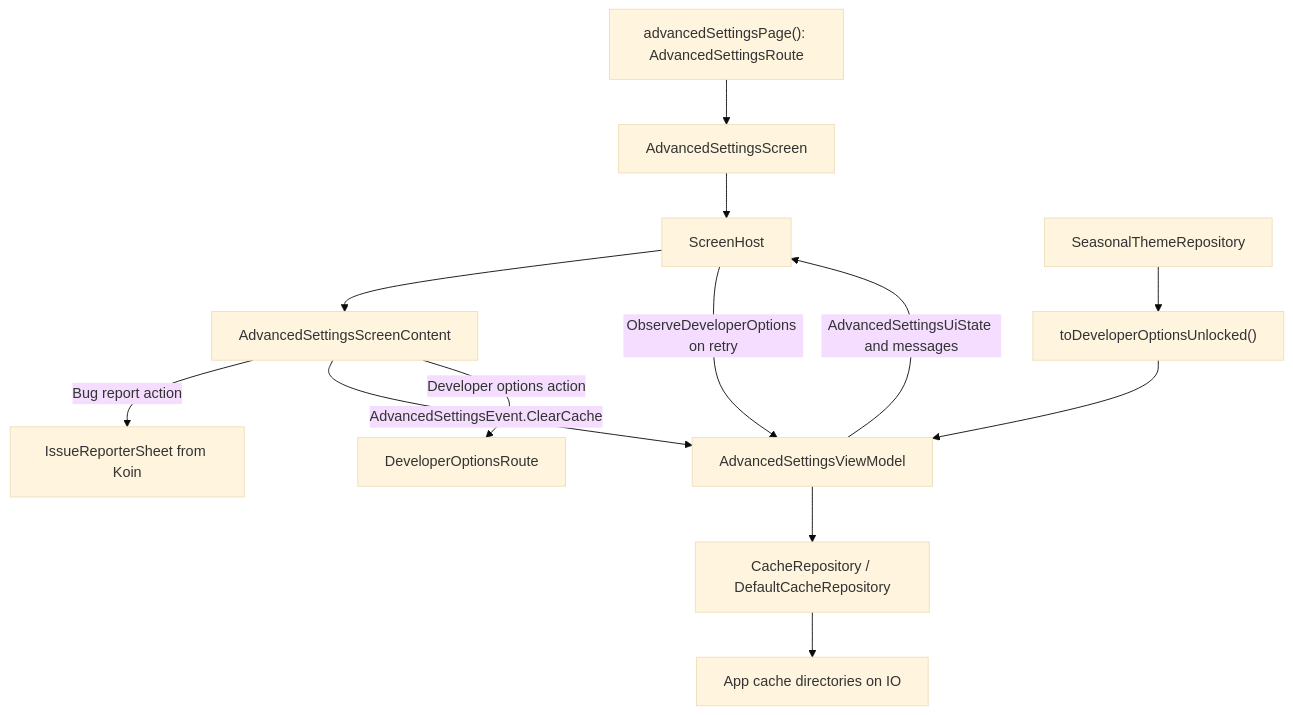
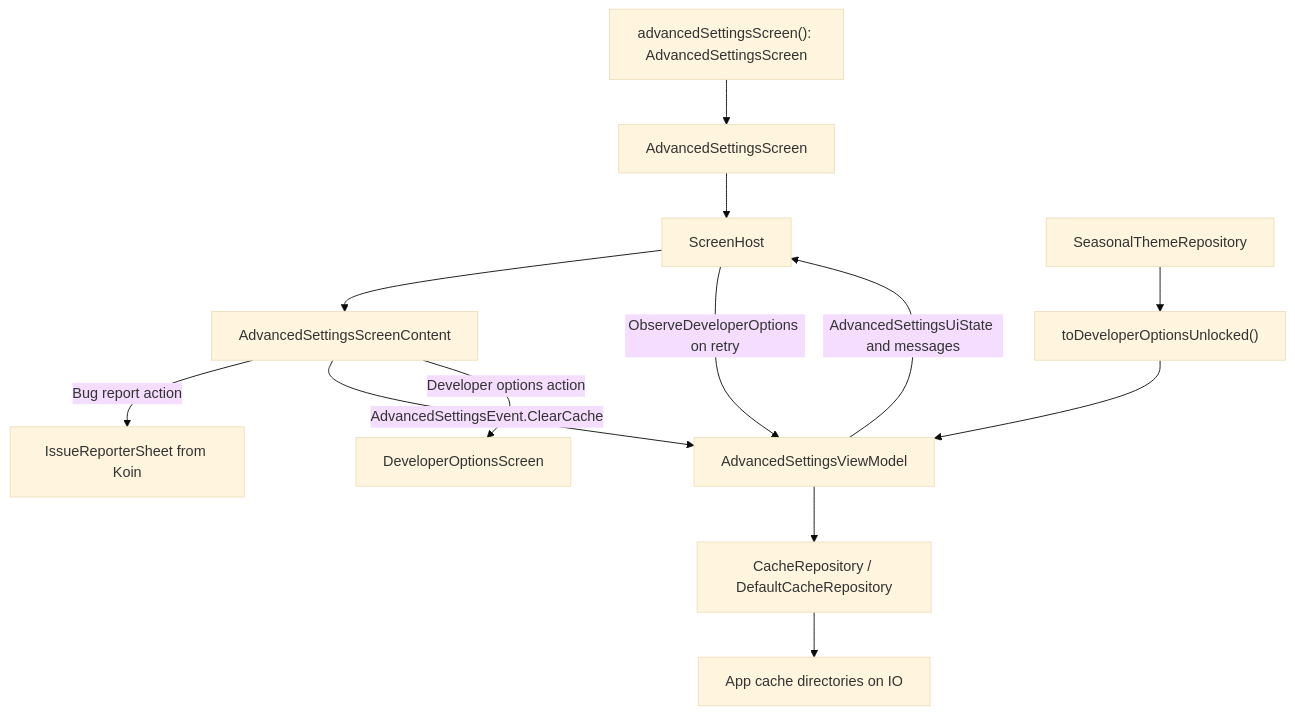
The diagram in library/feature/advanced/README.md (MihaiCristianCondrea/App-Toolkit-for-Android), drawn with Mermaid (base theme) before and after one commit. The commit also changed other lines of this file and 125 other files, not shown here.

````diff
--- a/library/feature/advanced/README.md
+++ b/library/feature/advanced/README.md
@@ -51,15 +51,15 @@
 ```mermaid
 flowchart TD
-    Entry["advancedSettingsPage(): AdvancedSettingsRoute"] --> Screen["AdvancedSettingsScreen"]
+    Entry["advancedSettingsScreen(): AdvancedSettingsScreen"] --> Screen["AdvancedSettingsScreen"]
     Screen --> Host["ScreenHost"]
     Host --> Content["AdvancedSettingsScreenContent"]
     Content -->|"Bug report action"| Sheet["IssueReporterSheet from Koin"]
     Content -->|"AdvancedSettingsEvent.ClearCache"| VM["AdvancedSettingsViewModel"]
-    Content -->|"Developer options action"| Developer["DeveloperOptionsRoute"]
+    Content -->|"Developer options action"| Developer["DeveloperOptionsScreen"]
     VM --> Repo["CacheRepository / DefaultCacheRepository"]
     Repo --> IO["App cache directories on IO"]
     Unlock["SeasonalThemeRepository"] --> Transformer["toDeveloperOptionsUnlocked()"]
     Transformer --> VM
     VM -->|"AdvancedSettingsUiState and messages"| Host
     Host -->|"ObserveDeveloperOptions on retry"| VM
 ```
````
